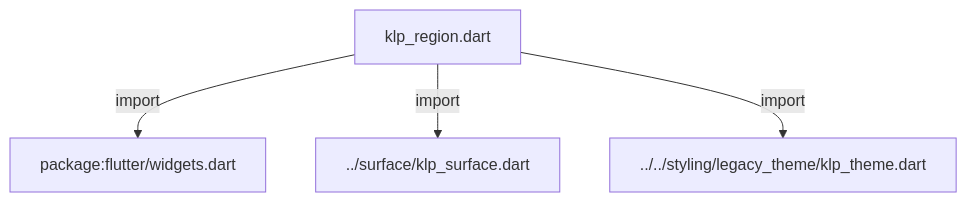
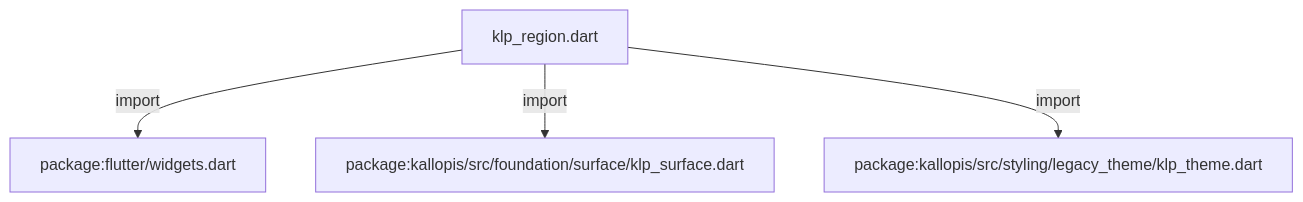
Before and after one commit to MiuDog/Kallopis: the first of 3 diagrams in docs/architecture/src/foundation/layout/klp_region.md, drawn with Mermaid. The commit also changed other lines of this file and 9688 other files, not shown here.

Commit message:
Prepare isolated Flow F2 peer baseline

````diff
--- a/docs/architecture/src/foundation/layout/klp_region.md
+++ b/docs/architecture/src/foundation/layout/klp_region.md
@@ -11,10 +11,10 @@
 ```mermaid
 flowchart TD
 	n0["klp_region.dart"]
 	n1["package:flutter/widgets.dart"]
-	n2["../surface/klp_surface.dart"]
-	n3["../../styling/legacy_theme/klp_theme.dart"]
+	n2["package:kallopis/src/foundation/surface/klp_surface.dart"]
+	n3["package:kallopis/src/styling/legacy_theme/klp_theme.dart"]
 	n0 -->|"import"| n1
 	n0 -->|"import"| n2
 	n0 -->|"import"| n3
 ```
````
